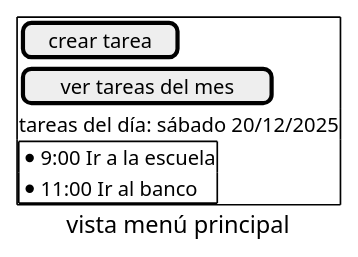
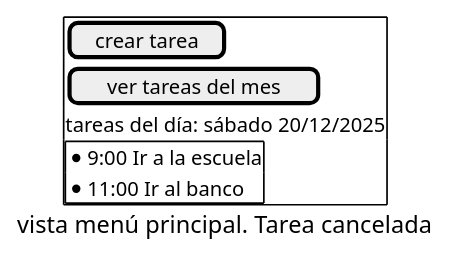
Before and after one commit to esteban4321duran/app-tareas-v1-docs: the diagram in crear-tarea/gui-mockups/cancelar-crear-tarea.pu, drawn with PlantUML. The commit also changed 3 other files, not shown here.

Commit message:
refactored to better organize feature-specific diagrams

```diff
--- a/crear-tarea/gui-mockups/cancelar-crear-tarea.pu
+++ b/crear-tarea/gui-mockups/cancelar-crear-tarea.pu
@@ -1,17 +1,17 @@
 @startsalt
-caption vista menú principal 
+caption vista menú principal. Tarea cancelada
 {
     {+
         [crear tarea]
         [ver tareas del mes]
 
         tareas del día: sábado 20/12/2025
 
         {+
             * 9:00 Ir a la escuela
             * 11:00 Ir al banco
         }
 
     }
 }
 @endsalt
```
